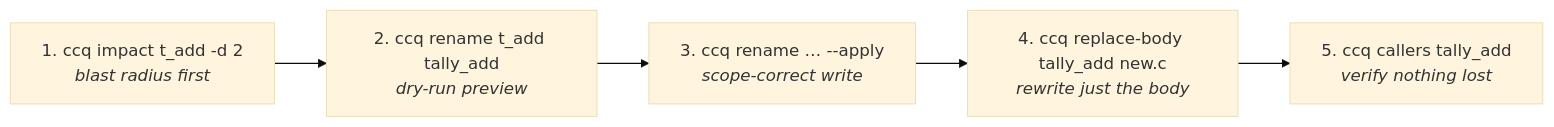
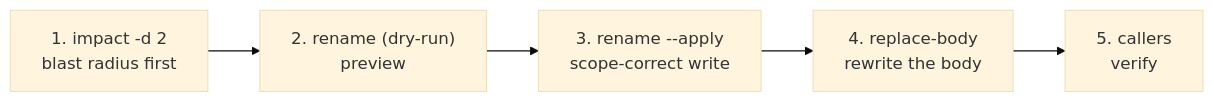
The second of 2 diagrams in docs/case-studies/safe-refactor/README.md (swchen44/ccq), drawn with Mermaid (base theme) before and after one commit. The commit also changed other lines of this file and 2 other files, not shown here.

First line of the commit message:
docs(case-study): 填滿 safe-refactor 真實輸出 + after 圖 + 抓到/修了 daemon bug

````diff
--- a/docs/case-studies/safe-refactor/README.md
+++ b/docs/case-studies/safe-refactor/README.md
@@ -31,7 +28,7 @@
 ```mermaid
 flowchart LR
-    I["1. ccq impact t_add -d 2<br/><i>blast radius first</i>"] --> P["2. ccq rename t_add tally_add<br/><i>dry-run preview</i>"]
-    P --> A["3. ccq rename … --apply<br/><i>scope-correct write</i>"]
-    A --> RB["4. ccq replace-body tally_add new.c<br/><i>rewrite just the body</i>"]
-    RB --> V["5. ccq callers tally_add<br/><i>verify nothing lost</i>"]
+    I["1. impact -d 2<br/>blast radius first"] --> P["2. rename (dry-run)<br/>preview"]
+    P --> A["3. rename --apply<br/>scope-correct write"]
+    A --> RB["4. replace-body<br/>rewrite the body"]
+    RB --> V["5. callers<br/>verify"]
 ```
````
